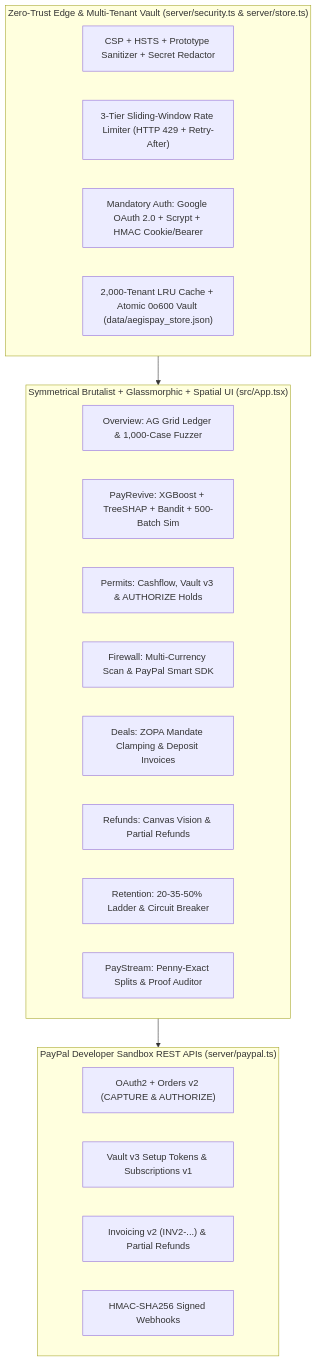
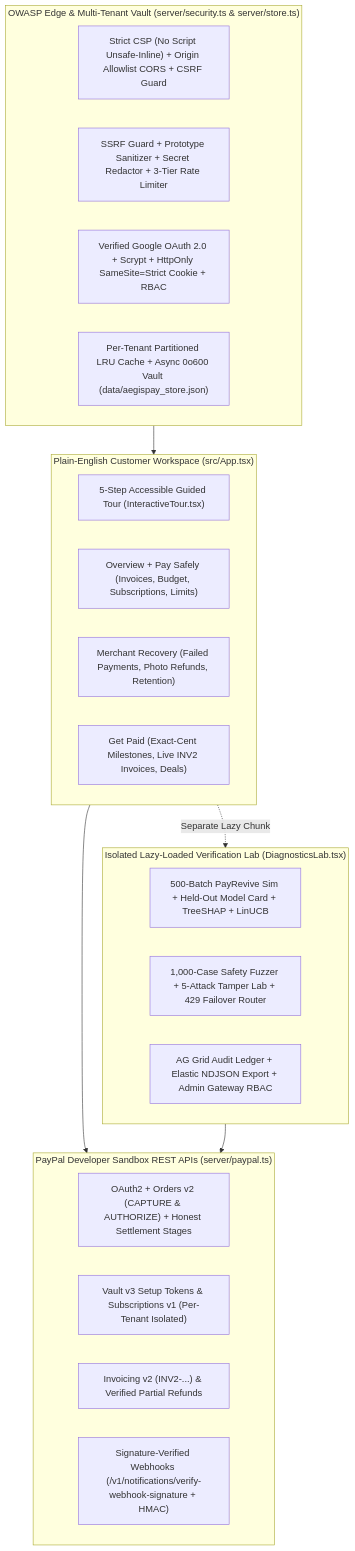
Before and after one commit to A-P-S-Bhaidav/PayPal_Hackathon: the diagram in docs/SYSTEM_ARCHITECTURE.md, drawn with Mermaid. The commit also changed other lines of this file and 31 other files, not shown here.

Commit message:
Release v3.1.0: separate customer product & Verification Lab, 5-step Guided Tour, trained Newton GBDT + LinUCB, and OWASP security hardening

````diff
--- a/docs/SYSTEM_ARCHITECTURE.md
+++ b/docs/SYSTEM_ARCHITECTURE.md
@@ -21,30 +27,34 @@
 ```mermaid
 flowchart TB
-    subgraph Security["Zero-Trust Edge & Multi-Tenant Vault (server/security.ts & server/store.ts)"]
-        S1["CSP + HSTS + Prototype Sanitizer + Secret Redactor"]
-        S2["3-Tier Sliding-Window Rate Limiter (HTTP 429 + Retry-After)"]
-        S3["Mandatory Auth: Google OAuth 2.0 + Scrypt + HMAC Cookie/Bearer"]
-        S4["2,000-Tenant LRU Cache + Atomic 0o600 Vault (data/aegispay_store.json)"]
+    subgraph Security["OWASP Edge & Multi-Tenant Vault (server/security.ts & server/store.ts)"]
+        S1["Strict CSP (No Script Unsafe-Inline) + Origin Allowlist CORS + CSRF Guard"]
+        S2["SSRF Guard + Prototype Sanitizer + Secret Redactor + 3-Tier Rate Limiter"]
+        S3["Verified Google OAuth 2.0 + Scrypt + HttpOnly SameSite=Strict Cookie + RBAC"]
+        S4["Per-Tenant Partitioned LRU Cache + Async 0o600 Vault (data/aegispay_store.json)"]
     end
 
-    subgraph Console["Symmetrical Brutalist + Glassmorphic + Spatial UI (src/App.tsx)"]
-        M0["Overview: AG Grid Ledger & 1,000-Case Fuzzer"]
-        M7["PayRevive: XGBoost + TreeSHAP + Bandit + 500-Batch Sim"]
-        M1["Permits: Cashflow, Vault v3 & AUTHORIZE Holds"]
-        M2["Firewall: Multi-Currency Scan & PayPal Smart SDK"]
-        M3["Deals: ZOPA Mandate Clamping & Deposit Invoices"]
-        M4["Refunds: Canvas Vision & Partial Refunds"]
-        M5["Retention: 20-35-50% Ladder & Circuit Breaker"]
-        M6["PayStream: Penny-Exact Splits & Proof Auditor"]
+    subgraph Product["Plain-English Customer Workspace (src/App.tsx)"]
+        T0["5-Step Accessible Guided Tour (InteractiveTour.tsx)"]
+        U1["Overview + Pay Safely (Invoices, Budget, Subscriptions, Limits)"]
+        U2["Merchant Recovery (Failed Payments, Photo Refunds, Retention)"]
+        U3["Get Paid (Exact-Cent Milestones, Live INV2 Invoices, Deals)"]
+    end
+
+    subgraph Lab["Isolated Lazy-Loaded Verification Lab (DiagnosticsLab.tsx)"]
+        L1["500-Batch PayRevive Sim + Held-Out Model Card + TreeSHAP + LinUCB"]
+        L2["1,000-Case Safety Fuzzer + 5-Attack Tamper Lab + 429 Failover Router"]
+        L3["AG Grid Audit Ledger + Elastic NDJSON Export + Admin Gateway RBAC"]
     end
 
     subgraph PayPal["PayPal Developer Sandbox REST APIs (server/paypal.ts)"]
-        P1["OAuth2 + Orders v2 (CAPTURE & AUTHORIZE)"]
-        P2["Vault v3 Setup Tokens & Subscriptions v1"]
-        P3["Invoicing v2 (INV2-...) & Partial Refunds"]
-        P4["HMAC-SHA256 Signed Webhooks"]
+        P1["OAuth2 + Orders v2 (CAPTURE & AUTHORIZE) + Honest Settlement Stages"]
+        P2["Vault v3 Setup Tokens & Subscriptions v1 (Per-Tenant Isolated)"]
+        P3["Invoicing v2 (INV2-...) & Verified Partial Refunds"]
+        P4["Signature-Verified Webhooks (/v1/notifications/verify-webhook-signature + HMAC)"]
     end
 
-    Security --> Console
-    Console --> PayPal
+    Security --> Product
+    Product -. "Separate Lazy Chunk" .-> Lab
+    Product --> PayPal
+    Lab --> PayPal
 ```
````
